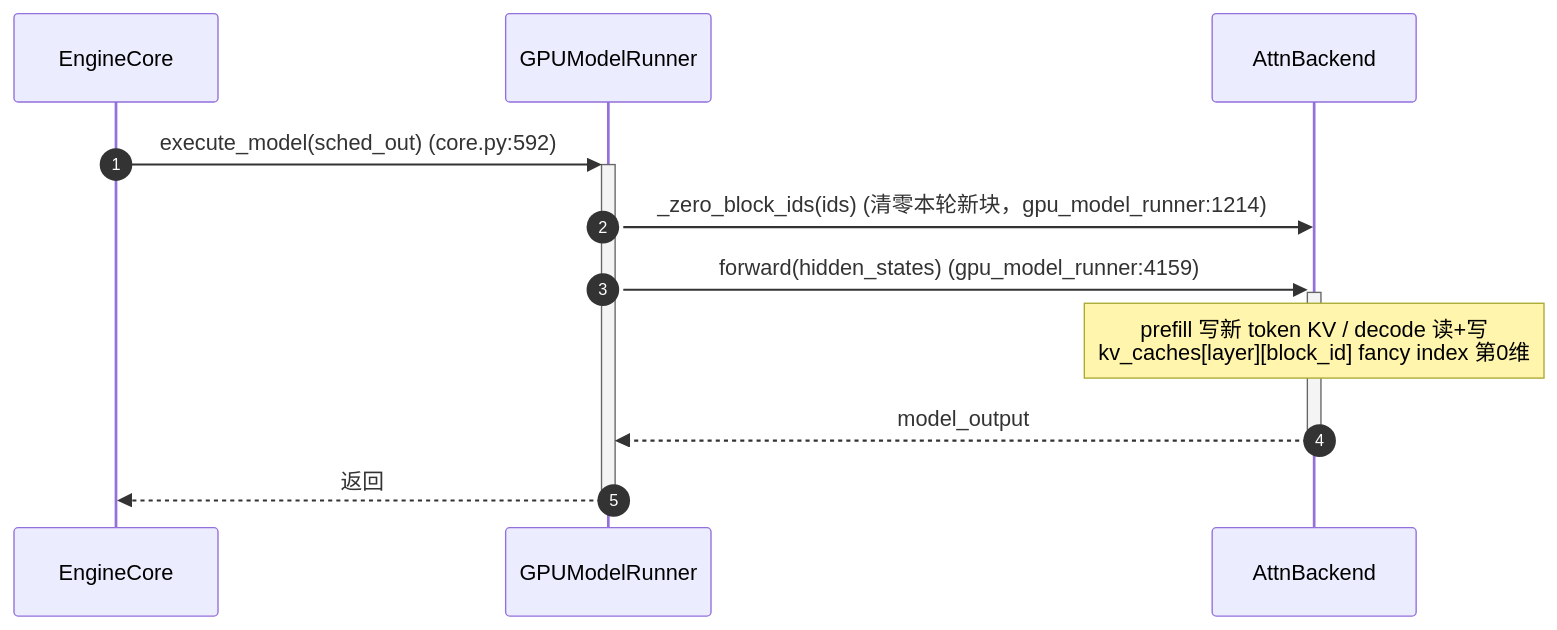
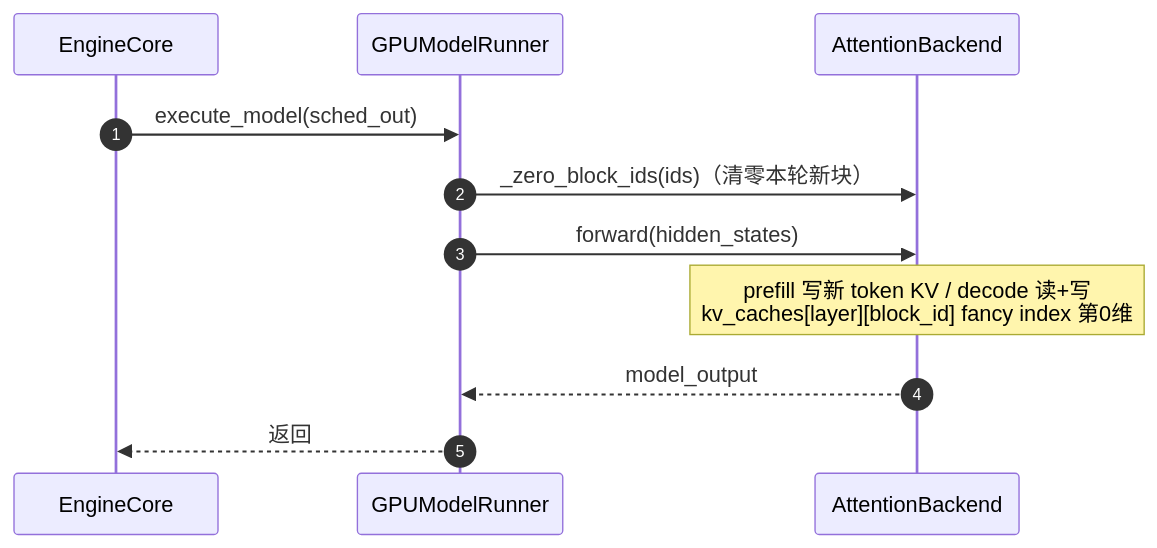
The sixth of 8 diagrams in vllm/v1/core/kvcache_docs/0_end_to_end_sequence.md (GoCHug/vllm), drawn with Mermaid before and after one commit. The commit also changed other lines of this file and 6 other files, not shown here.

````diff
--- a/vllm/v1/core/kvcache_docs/0_end_to_end_sequence.md
+++ b/vllm/v1/core/kvcache_docs/0_end_to_end_sequence.md
@@ -271,13 +285,14 @@
 ```mermaid
+%%{init: {"themeVariables": {"actorFontSize": "11px", "messageFontSize": "11px", "noteFontSize": "11px"}, "sequence": {"actorMargin": 40, "messageMargin": 16, "noteMargin": 8, "boxMargin": 8, "boxTextMargin": 4, "messageAlign": "center", "mirrorActors": true, "height": 45}}}%%
 sequenceDiagram
     autonumber
-    participant EC as EngineCore
-    participant MR as GPUModelRunner
-    participant AB as AttnBackend
-    EC->>+MR: execute_model(sched_out)   (core.py:592)
-    MR->>AB: _zero_block_ids(ids)   (清零本轮新块，gpu_model_runner:1214)
-    MR->>+AB: forward(hidden_states)   (gpu_model_runner:4159)
-    Note over AB: prefill 写新 token KV / decode 读+写<br/>kv_caches[layer][block_id] fancy index 第0维
-    AB-->>-MR: model_output
-    MR-->>-EC: 返回
+    participant EngineCore
+    participant GPUModelRunner
+    participant AttentionBackend
+    EngineCore->>GPUModelRunner: execute_model(sched_out)
+    GPUModelRunner->>AttentionBackend: _zero_block_ids(ids)（清零本轮新块）
+    GPUModelRunner->>AttentionBackend: forward(hidden_states)
+    Note over AttentionBackend: prefill 写新 token KV / decode 读+写<br/>kv_caches[layer][block_id] fancy index 第0维
+    AttentionBackend-->>GPUModelRunner: model_output
+    GPUModelRunner-->>EngineCore: 返回
 ```
````
